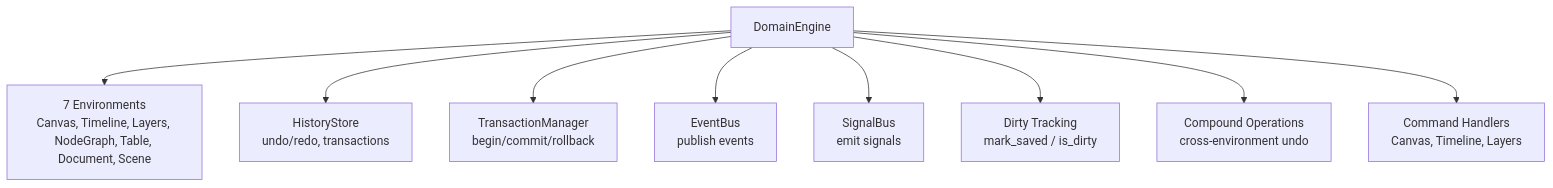
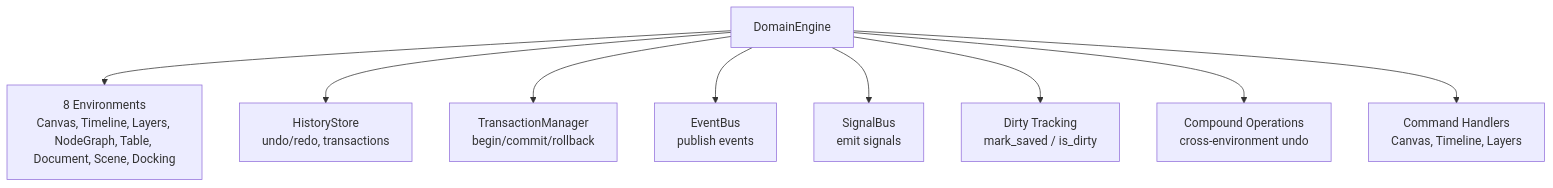
Before and after one commit to Unique-Digital-Resources/AppShell: the diagram in md_docs/domain_docs/13-domain-engine-integration.md, drawn with Mermaid. The commit also changed other lines of this file and 34 other files, not shown here.

````diff
--- a/md_docs/domain_docs/13-domain-engine-integration.md
+++ b/md_docs/domain_docs/13-domain-engine-integration.md
@@ -9,11 +9,11 @@
 ```mermaid
 flowchart TD
-    DE[DomainEngine] --> ENV[7 Environments<br/>Canvas, Timeline, Layers, NodeGraph, Table, Document, Scene]
+    DE[DomainEngine] --> ENV[8 Environments<br/>Canvas, Timeline, Layers, NodeGraph, Table, Document, Scene, Docking]
     DE --> HIST[HistoryStore<br/>undo/redo, transactions]
     DE --> TX[TransactionManager<br/>begin/commit/rollback]
     DE --> EVT[EventBus<br/>publish events]
     DE --> SIG[SignalBus<br/>emit signals]
     DE --> DIRTY[Dirty Tracking<br/>mark_saved / is_dirty]
     DE --> COMP[Compound Operations<br/>cross-environment undo]
     DE --> CMD[Command Handlers<br/>Canvas, Timeline, Layers]
 ```
````
